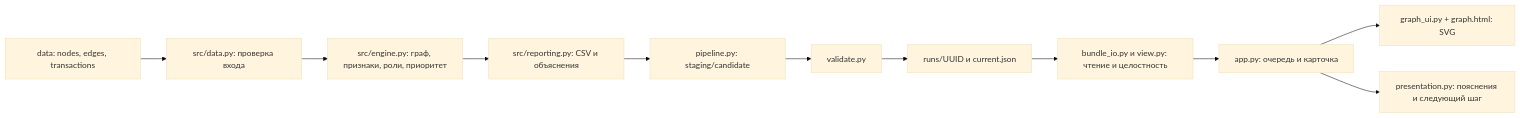
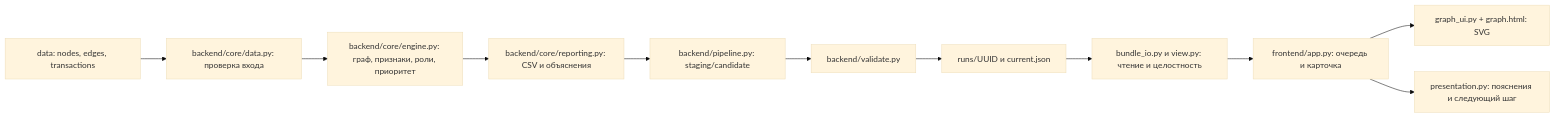
One commit to BAITC-Hacks/hack-4c401bd7-pied-piper changed the second of 2 diagrams in docs/architecture.md. Above: the diagram before and after it, drawn with Mermaid (base theme). The commit also changed other lines of this file and 70 other files, not shown here.

Commit message:
Reorganize frontend backend and documentation for audit

````diff
--- a/docs/architecture.md
+++ b/docs/architecture.md
@@ -28,13 +28,13 @@
 ```mermaid
 flowchart LR
-  D["data: nodes, edges, transactions"] --> L["src/data.py: проверка входа"]
-  L --> E["src/engine.py: граф, признаки, роли, приоритет"]
-  E --> R["src/reporting.py: CSV и объяснения"]
-  R --> S["pipeline.py: staging/candidate"]
-  S --> V["validate.py"]
+  D["data: nodes, edges, transactions"] --> L["backend/core/data.py: проверка входа"]
+  L --> E["backend/core/engine.py: граф, признаки, роли, приоритет"]
+  E --> R["backend/core/reporting.py: CSV и объяснения"]
+  R --> S["backend/pipeline.py: staging/candidate"]
+  S --> V["backend/validate.py"]
   V --> B["runs/UUID и current.json"]
   B --> IO["bundle_io.py и view.py: чтение и целостность"]
-  IO --> A["app.py: очередь и карточка"]
+  IO --> A["frontend/app.py: очередь и карточка"]
   A --> G["graph_ui.py + graph.html: SVG"]
   A --> P["presentation.py: пояснения и следующий шаг"]
 ```
````
